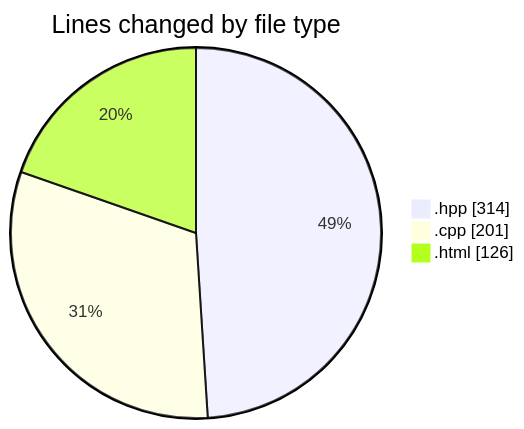
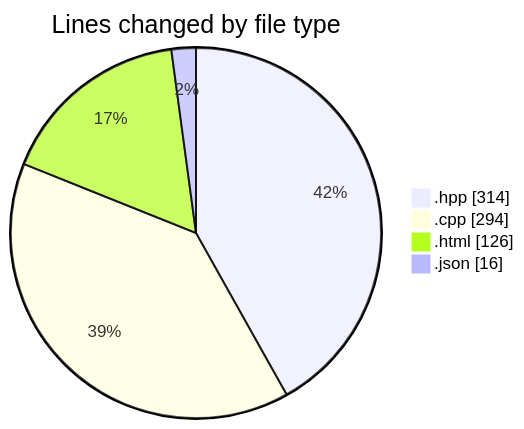
Before and after one commit to Netris89/code-tracking: the first of 2 diagrams in 2025-04-22/echo/README.md, drawn with Mermaid. The commit also changed other lines of this file and 1 other file, not shown here.

````diff
--- a/2025-04-22/echo/README.md
+++ b/2025-04-22/echo/README.md
@@ -24,7 +25,8 @@
 ```mermaid
 pie showData
 title Lines changed by file type
 ".hpp" : 314
-".cpp" : 201
+".cpp" : 294
 ".html" : 126
+".json" : 16
 ```
````
